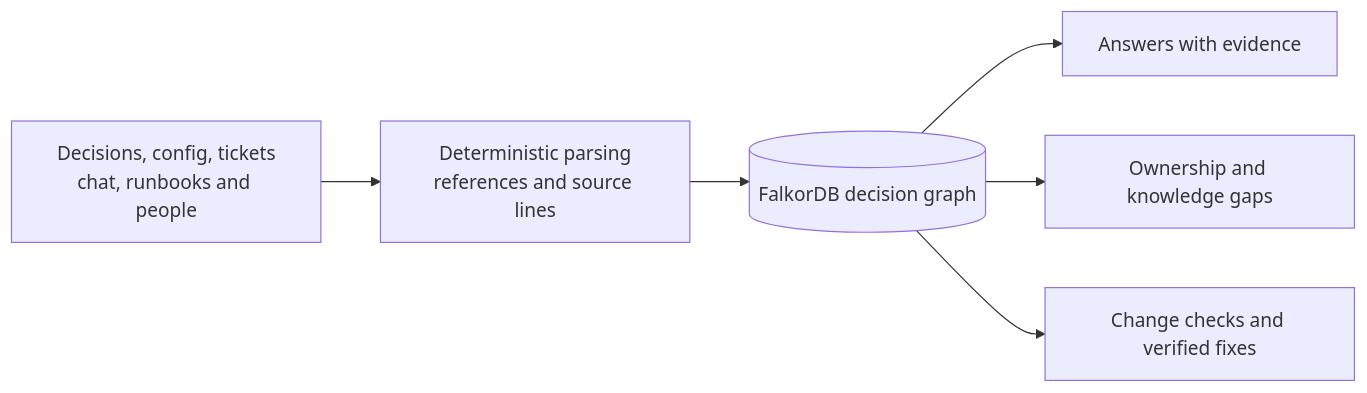
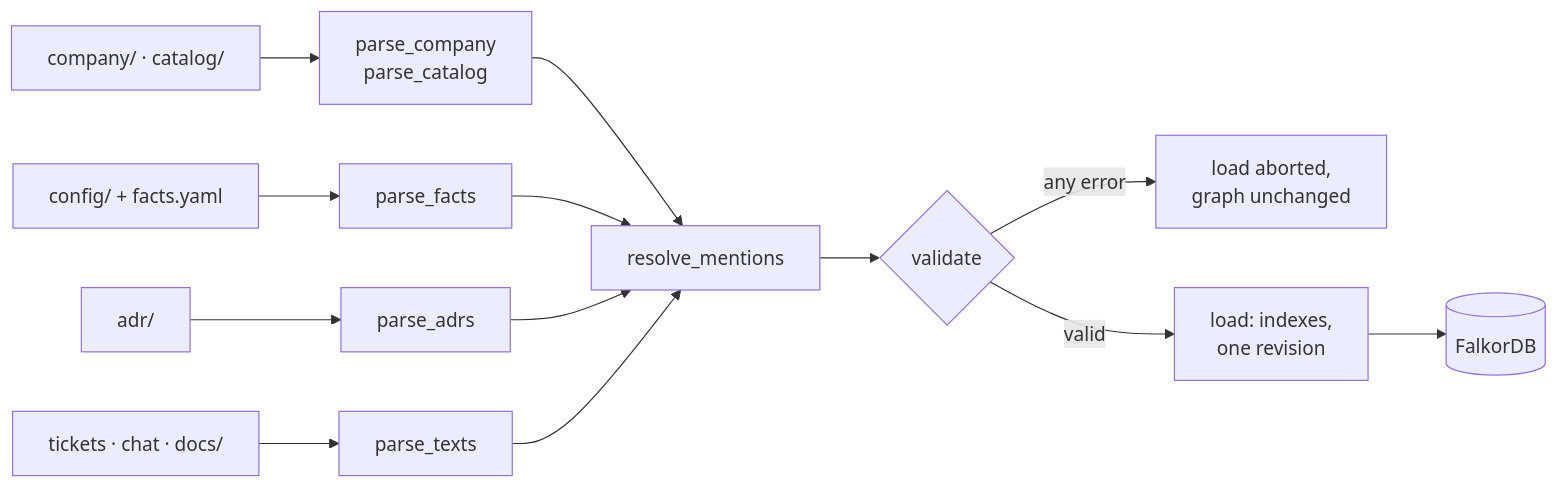
The first of 6 diagrams in README.md (Razeefshaik/Premise), drawn with Mermaid before and after one commit. The commit also changed other lines of this file, not shown here.

````diff
--- a/README.md
+++ b/README.md
@@ -72,8 +95,12 @@
 ```mermaid
 flowchart LR
-  S["Decisions, config, tickets<br/>chat, runbooks and people"] --> P["Deterministic parsing<br/>references and source lines"]
-  P --> G[(FalkorDB decision graph)]
-  G --> A["Answers with evidence"]
-  G --> K["Ownership and knowledge gaps"]
-  G --> C["Change checks and verified fixes"]
+  S1["company/ · catalog/"] --> W1["parse_company<br/>parse_catalog"]
+  S2["config/ + facts.yaml"] --> W2["parse_facts"]
+  S3["adr/"] --> W3["parse_adrs"]
+  S4["tickets · chat · docs/"] --> W4["parse_texts"]
+  W1 & W2 & W3 & W4 --> R["resolve_mentions"]
+  R --> V{"validate"}
+  V -- "any error" --> X["load aborted,<br/>graph unchanged"]
+  V -- "valid" --> L["load: indexes,<br/>one revision"]
+  L --> DB[("FalkorDB")]
 ```
````
